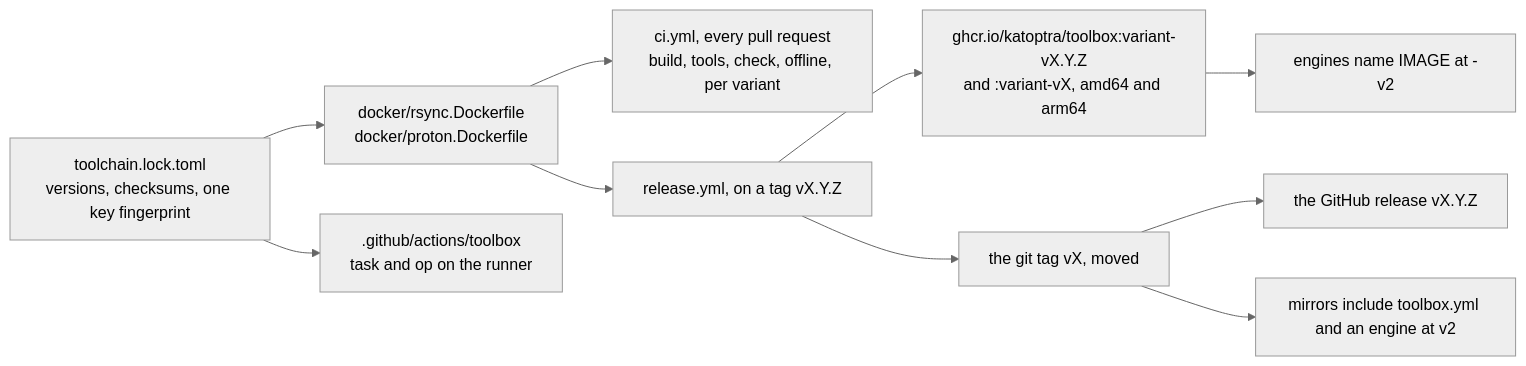
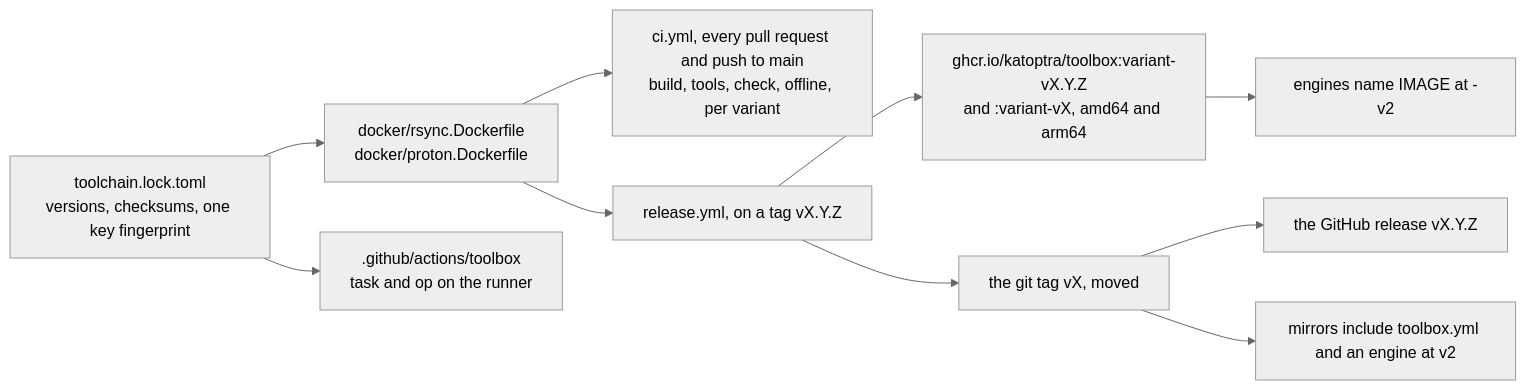
One commit to katoptra/lib changed diagram 11 of 12 in README.md. Above: the diagram before and after it, drawn with Mermaid (neutral theme). The commit also changed other lines of this file and 1 other file, not shown here.

Commit message:
docs: fix the fact check of round 1 (code block, tags, order, paths)

````diff
--- a/README.md
+++ b/README.md
@@ -1037,12 +1037,12 @@
 ```mermaid
 flowchart LR
   lock["toolchain.lock.toml<br/>versions, checksums, one key fingerprint"] --> df["docker/rsync.Dockerfile<br/>docker/proton.Dockerfile"]
   lock --> act[".github/actions/toolbox<br/>task and op on the runner"]
-  df --> ci["ci.yml, every pull request<br/>build, tools, check, offline, per variant"]
+  df --> ci["ci.yml, every pull request and push to main<br/>build, tools, check, offline, per variant"]
   df --> rel["release.yml, on a tag vX.Y.Z"]
   rel --> ghcr["ghcr.io/katoptra/toolbox:variant-vX.Y.Z<br/>and :variant-vX, amd64 and arm64"]
   rel --> tag["the git tag vX, moved"]
   tag --> gr["the GitHub release vX.Y.Z"]
   tag --> inc["mirrors include toolbox.yml and an engine at v2"]
   ghcr --> img["engines name IMAGE at -v2"]
 ```
````
